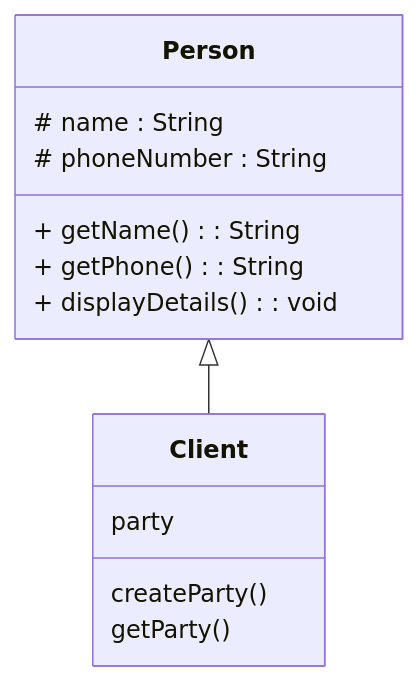
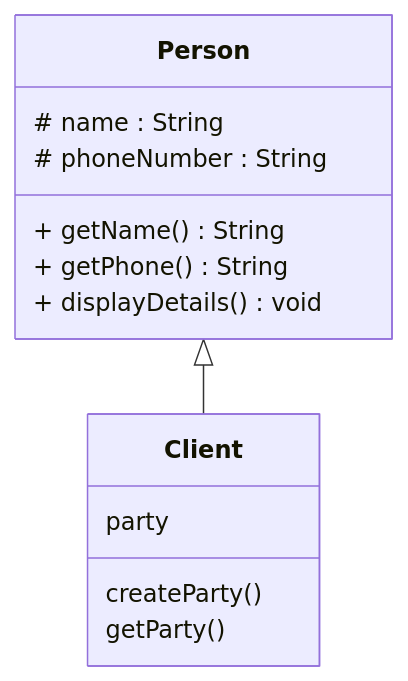
Before and after one commit to Aljawharah46/CSC113-project-P1: the diagram in README.md, drawn with Mermaid.

````diff
--- a/README.md
+++ b/README.md
@@ -2,18 +2,18 @@
 ```mermaid
 classDiagram
 class Person{
 # name : String
 # phoneNumber : String
-+ getName() : String
-+ getPhone() : String
-+ displayDetails() : void
++ getName() String
++ getPhone() String
++ displayDetails() void
 }
 
 class Client{
 party
 createParty()
 getParty()
 }
 
 Person <|-- Client
 ```
````
